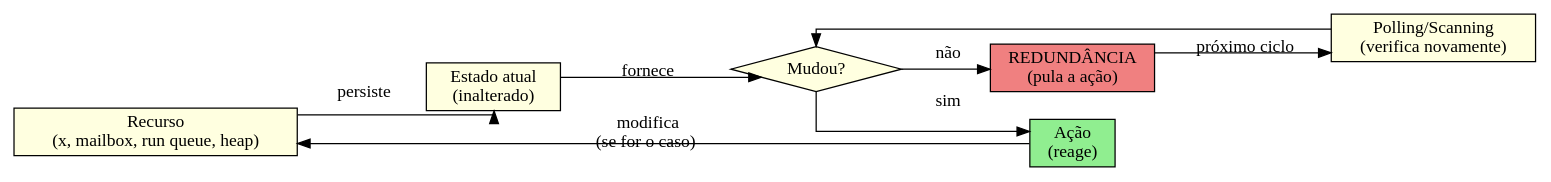
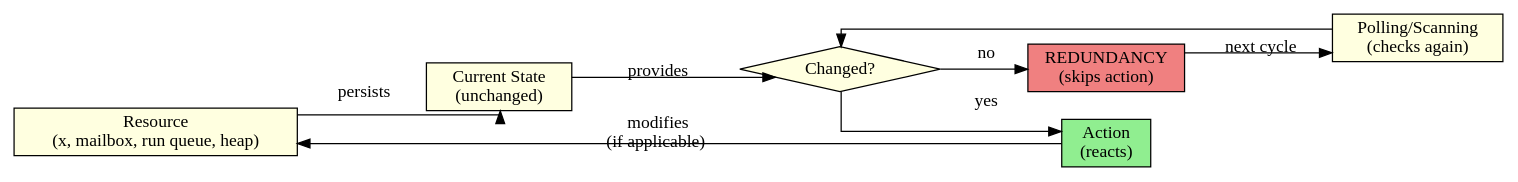
One commit to matheuscamarques/pon_beam changed the diagram in book/src/chapters/01-problema-polling.md. Above: the diagram before and after it, drawn with Graphviz. The commit also changed other lines of this file and 45 other files, not shown here.

````diff
--- a/book/src/chapters/01-problema-polling.md
+++ b/book/src/chapters/01-problema-polling.md
@@ -63,22 +63,22 @@
 ```dot
 digraph redundancia_temporal {
   rankdir=LR;
   splines=ortho;
   node [shape=box, style=filled, fillcolor=lightyellow]
 
-  "Recurso" [label="Recurso\n(x, mailbox, run queue, heap)"]
-  "Estado" [label="Estado atual\n(inalterado)"]
-  "Polling" [label="Polling/Scanning\n(verifica novamente)"]
-  "Decisao" [shape=diamond, label="Mudou?"]
-  "Redundancia" [label="REDUNDÂNCIA\n(pula a ação)", fillcolor=lightcoral]
-  "Acao" [label="Ação\n(reage)", fillcolor=lightgreen]
+  "Resource" [label="Resource\n(x, mailbox, run queue, heap)"]
+  "State" [label="Current State\n(unchanged)"]
+  "Polling" [label="Polling/Scanning\n(checks again)"]
+  "Decision" [shape=diamond, label="Changed?"]
+  "Redundancy" [label="REDUNDANCY\n(skips action)", fillcolor=lightcoral]
+  "Action" [label="Action\n(reacts)", fillcolor=lightgreen]
 
-  "Recurso" -> "Estado" [label="  persiste"]
-  "Polling" -> "Decisao"
-  "Estado" -> "Decisao" [label="  fornece"]
-  "Decisao" -> "Redundancia" [label="  não"]
-  "Decisao" -> "Acao" [label="  sim"]
-  "Redundancia" -> "Polling" [label="  próximo ciclo"]
-  "Acao" -> "Recurso" [label="  modifica\n(se for o caso)"]
+  "Resource" -> "State" [label="  persists"]
+  "Polling" -> "Decision"
+  "State" -> "Decision" [label="  provides"]
+  "Decision" -> "Redundancy" [label="  no"]
+  "Decision" -> "Action" [label="  yes"]
+  "Redundancy" -> "Polling" [label="  next cycle"]
+  "Action" -> "Resource" [label="  modifies\n(if applicable)"]
 }
 ```
````
